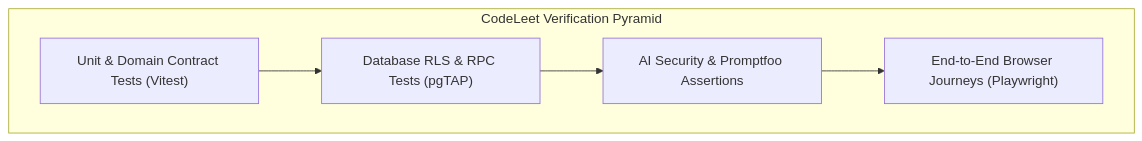
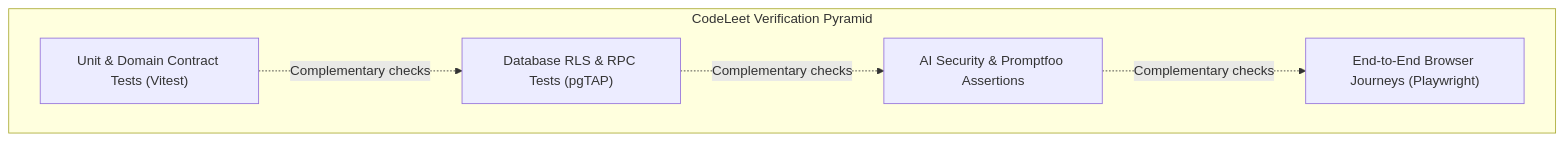
The sixth of 7 diagrams in docs/DeveloperGuide.md (CS3227-2610-MP4-CodeLeet/CS3227-2610-MP4), drawn with Mermaid before and after one commit. The commit also changed other lines of this file and 3 other files, not shown here.

````diff
--- a/docs/DeveloperGuide.md
+++ b/docs/DeveloperGuide.md
@@ -345,13 +319,13 @@
 ```mermaid
 graph TD
     subgraph Pyramid["CodeLeet Verification Pyramid"]
         E2E["End-to-End Browser Journeys (Playwright)"]
         AIEval["AI Security & Promptfoo Assertions"]
         DBTests["Database RLS & RPC Tests (pgTAP)"]
         UnitTests["Unit & Domain Contract Tests (Vitest)"]
     end
     
-    UnitTests --> DBTests
-    DBTests --> AIEval
-    AIEval --> E2E
+    UnitTests -. Complementary checks .-> DBTests
+    DBTests -. Complementary checks .-> AIEval
+    AIEval -. Complementary checks .-> E2E
 ```
````
